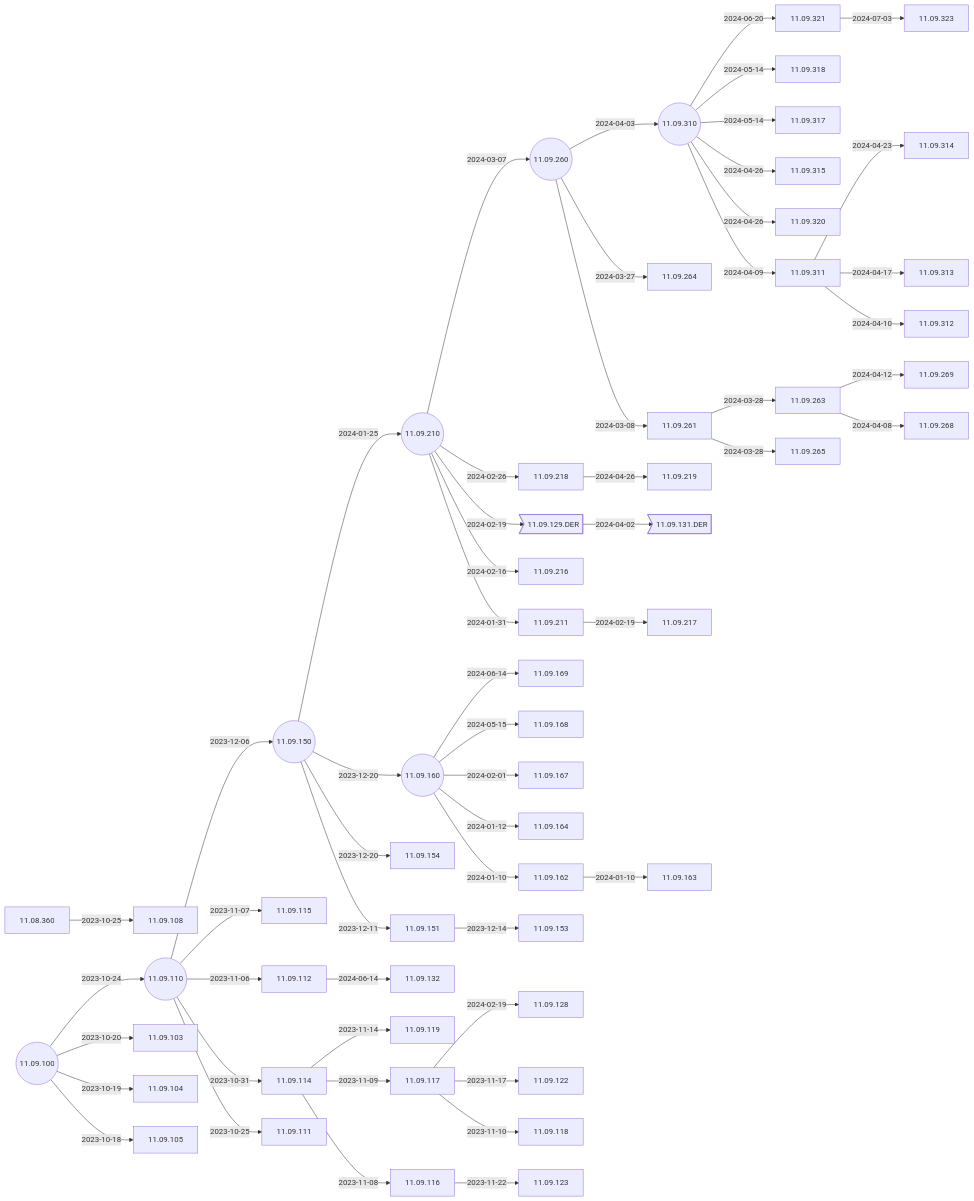
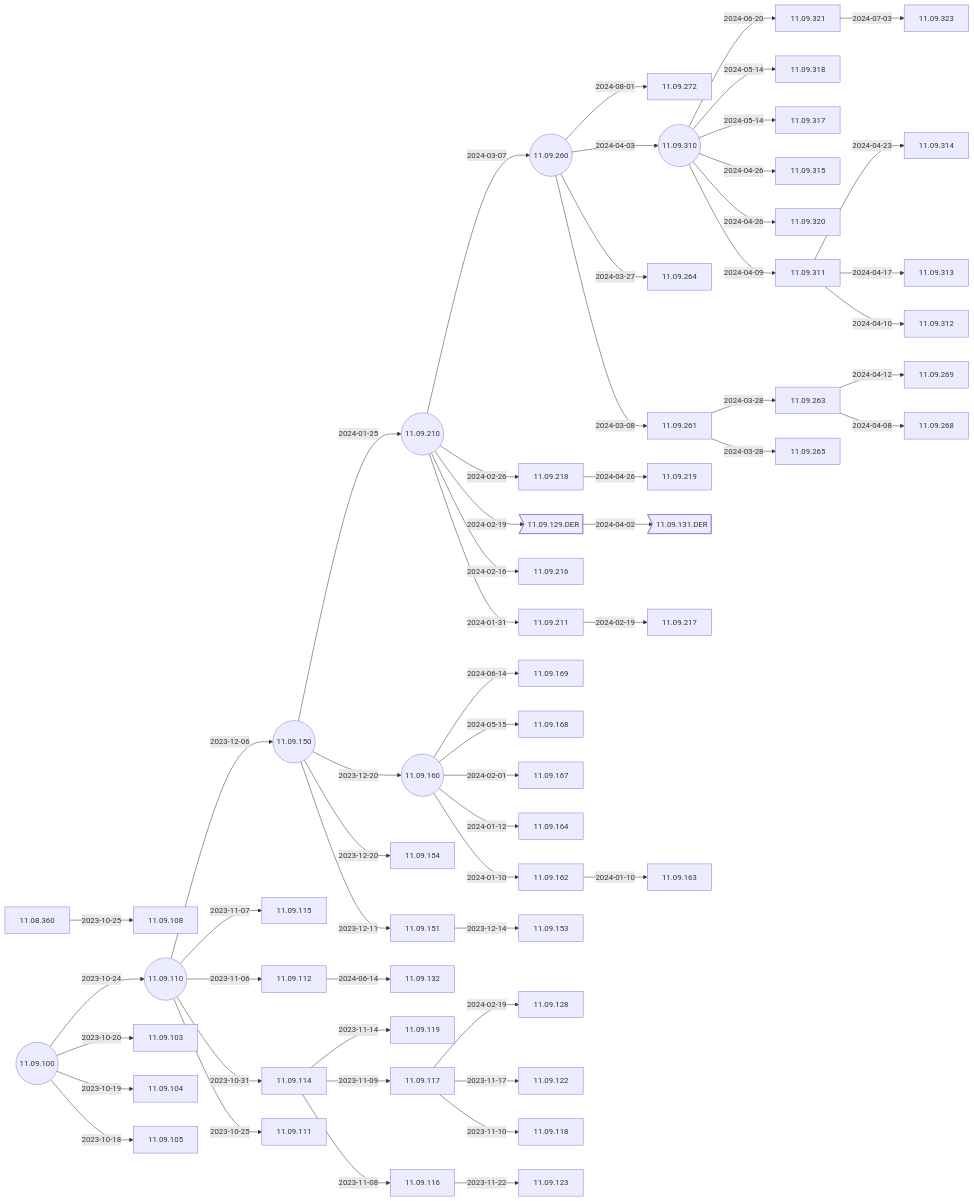
The third of 6 diagrams in docs/Docs/ReleaseNotes/01-OS11/README.md (IGEL-Community/IGEL-Docs-v02), drawn with Mermaid before and after one commit. The commit also changed 2 other files, not shown here.

Commit message:
11.09.272 < 11.09.260 11.09.272 < 11.09.260

````diff
--- a/docs/Docs/ReleaseNotes/01-OS11/README.md
+++ b/docs/Docs/ReleaseNotes/01-OS11/README.md
@@ -93,5 +93,6 @@
 ```mermaid
 flowchart LR
+    11.09.260-- 2024-08-01 -->11.09.272
     11.09.321-- 2024-07-03 -->11.09.323
     11.09.310-- 2024-06-20 -->11.09.321
     11.09.160-- 2024-06-14 -->11.09.169
@@ -147,6 +148,7 @@
     11.09.100-- 2023-10-19 -->11.09.104
     11.09.100-- 2023-10-18 -->11.09.105
     11.09.100((11.09.100))
+    click 11.09.272 "https://github.com/IGEL-Community/IGEL-Docs-v02/tree/main/docs/Docs/ReleaseNotes/01-OS11/readme11.09.272.txt" _blank
     click 11.09.323 "https://github.com/IGEL-Community/IGEL-Docs-v02/tree/main/docs/Docs/ReleaseNotes/01-OS11/readme11.09.323.txt" _blank
     click 11.09.321 "https://github.com/IGEL-Community/IGEL-Docs-v02/tree/main/docs/Docs/ReleaseNotes/01-OS11/readme11.09.321.txt" _blank
     click 11.09.169 "https://github.com/IGEL-Community/IGEL-Docs-v02/tree/main/docs/Docs/ReleaseNotes/01-OS11/readme11.09.169.txt" _blank
````
